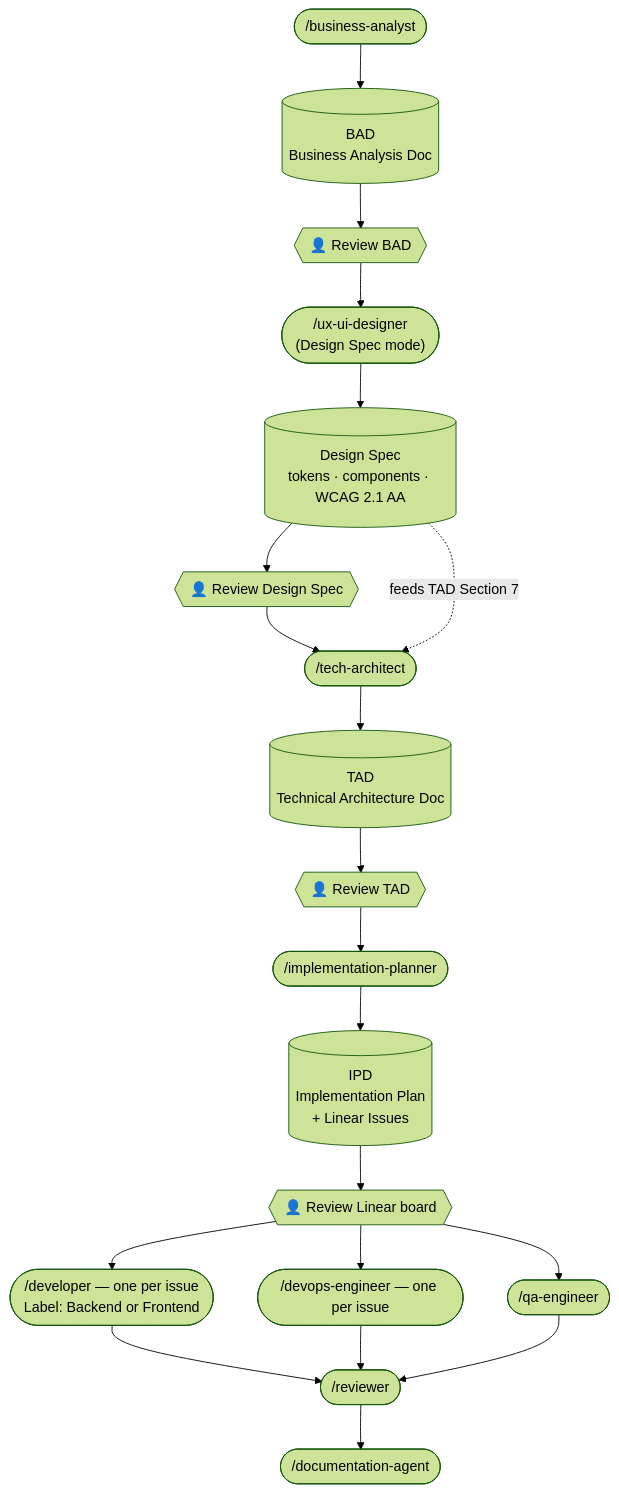
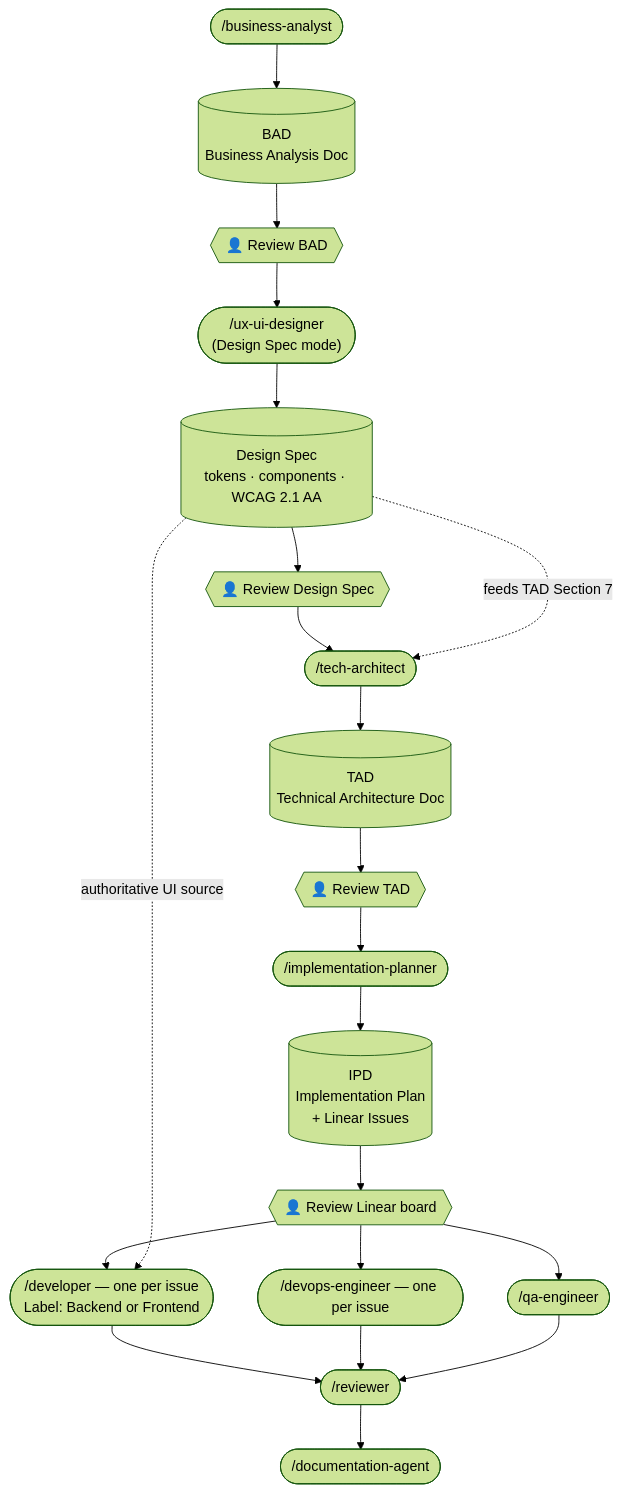
The first of 2 diagrams in README.md (FCabiddu/pocket-it), drawn with Mermaid (forest theme) before and after one commit. The commit also changed 8 other files, not shown here.

````diff
--- a/README.md
+++ b/README.md
@@ -9,22 +9,23 @@
 ```mermaid
 flowchart TD
     A(["/business-analyst"]) --> B[("BAD\nBusiness Analysis Doc")]
     B --> BC{{"👤 Review BAD"}}
     BC --> UX(["/ux-ui-designer\n(Design Spec mode)"])
     UX --> UXD[("Design Spec\ntokens · components · WCAG 2.1 AA")]
     UXD --> UXC{{"👤 Review Design Spec"}}
     UXC --> C(["/tech-architect"])
     UXD -. feeds TAD Section 7 .-> C
     C --> D[("TAD\nTechnical Architecture Doc")]
     D --> DC{{"👤 Review TAD"}}
     DC --> E(["/implementation-planner"])
     E --> F[("IPD\nImplementation Plan\n+ Linear Issues")]
     F --> G{{"👤 Review Linear board"}}
     G --> H(["/developer — one per issue\nLabel: Backend or Frontend"])
     G --> I(["/devops-engineer — one per issue"])
     G --> J(["/qa-engineer"])
+    UXD -. authoritative UI source .-> H
     H --> K(["/reviewer"])
     I --> K
     J --> K
     K --> L(["/documentation-agent"])
 ```
````
